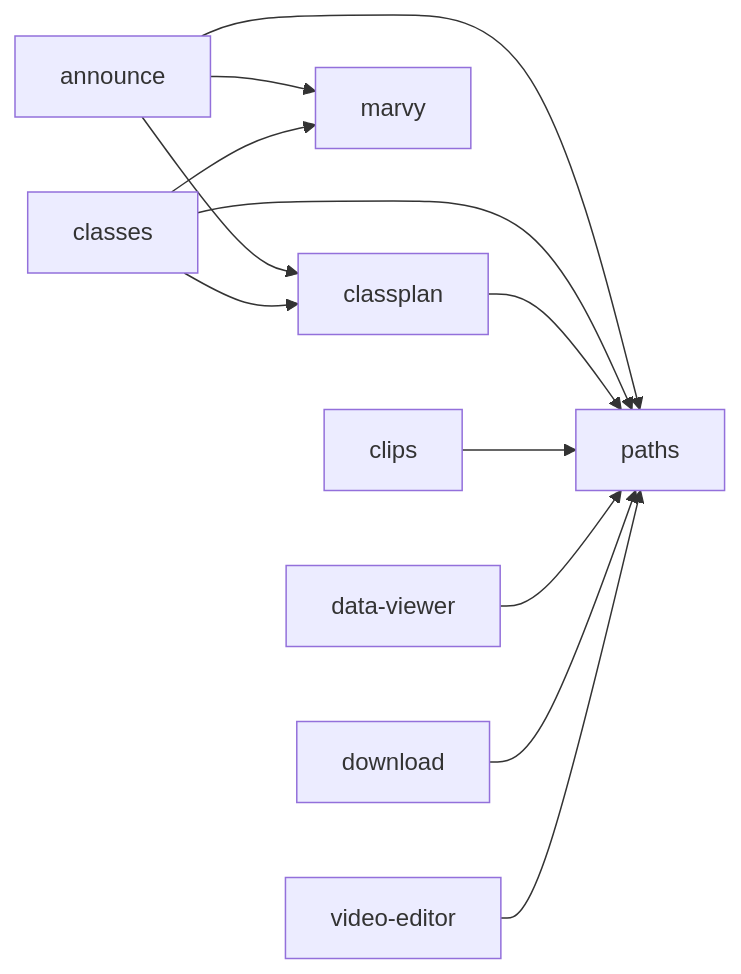
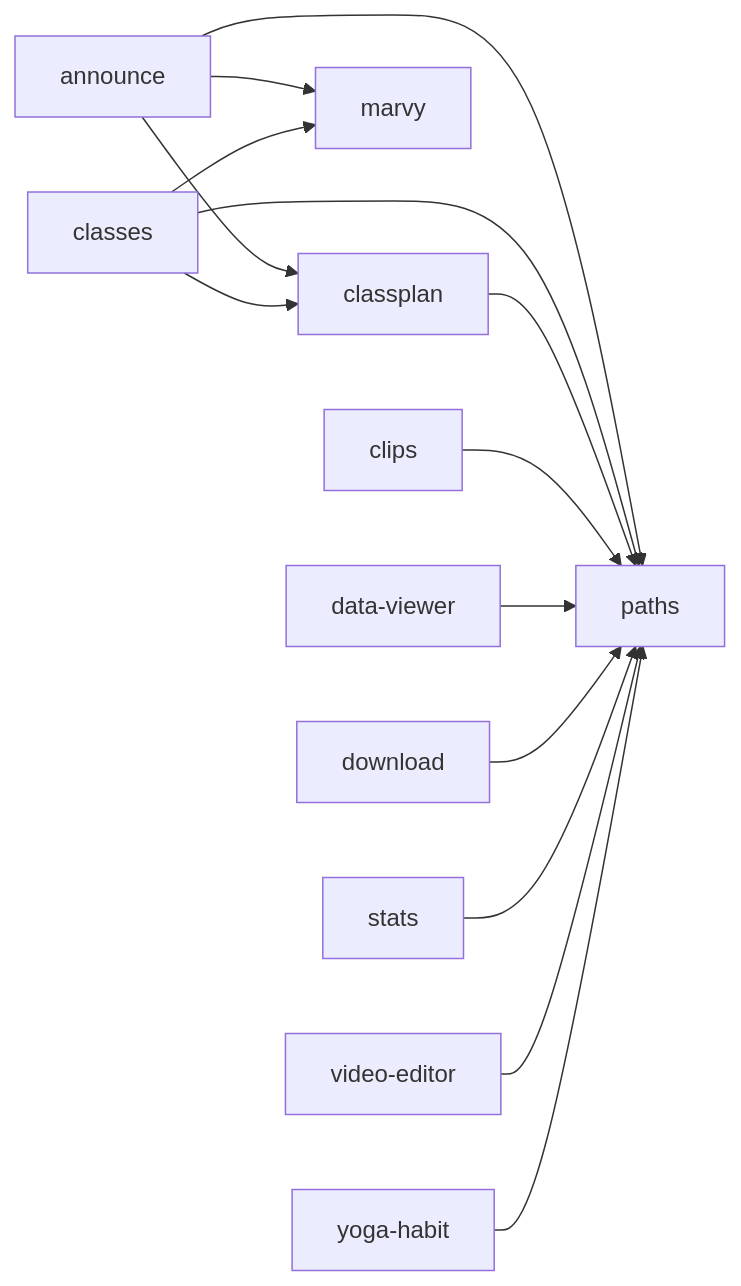
The diagram in docs/technical/dependency-graph.md (gnyrd/twy-overview), drawn with Mermaid before and after one commit. The commit also changed other lines of this file and 4 other files, not shown here.

````diff
--- a/docs/technical/dependency-graph.md
+++ b/docs/technical/dependency-graph.md
@@ -21,14 +23,16 @@
 ```mermaid
 graph LR
   announce --> classplan
   announce --> marvy
   announce --> paths
   classes --> classplan
   classes --> marvy
   classes --> paths
   classplan --> paths
   clips --> paths
   data-viewer --> paths
   download --> paths
+  stats --> paths
   video-editor --> paths
+  yoga-habit --> paths
 ```
````
